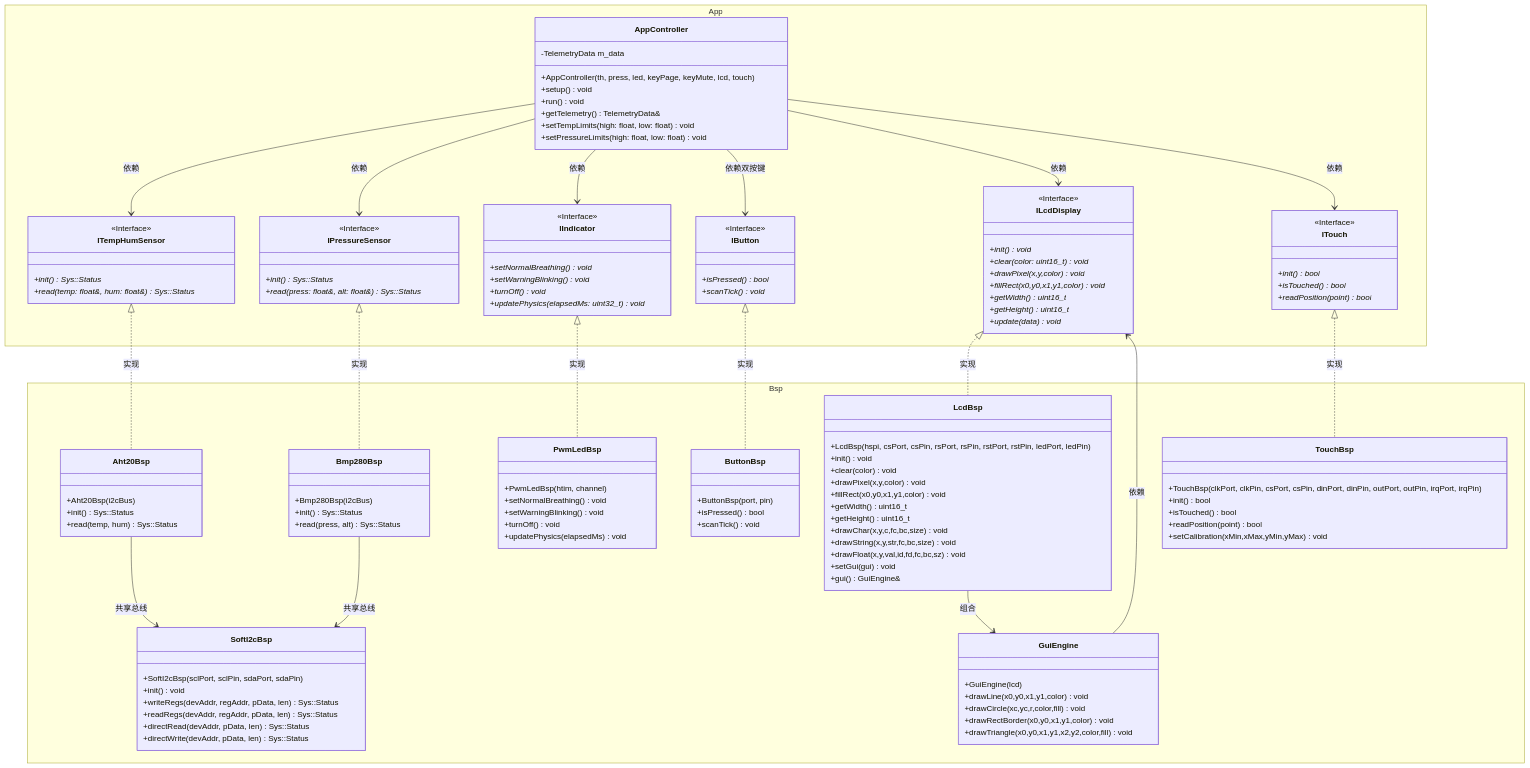
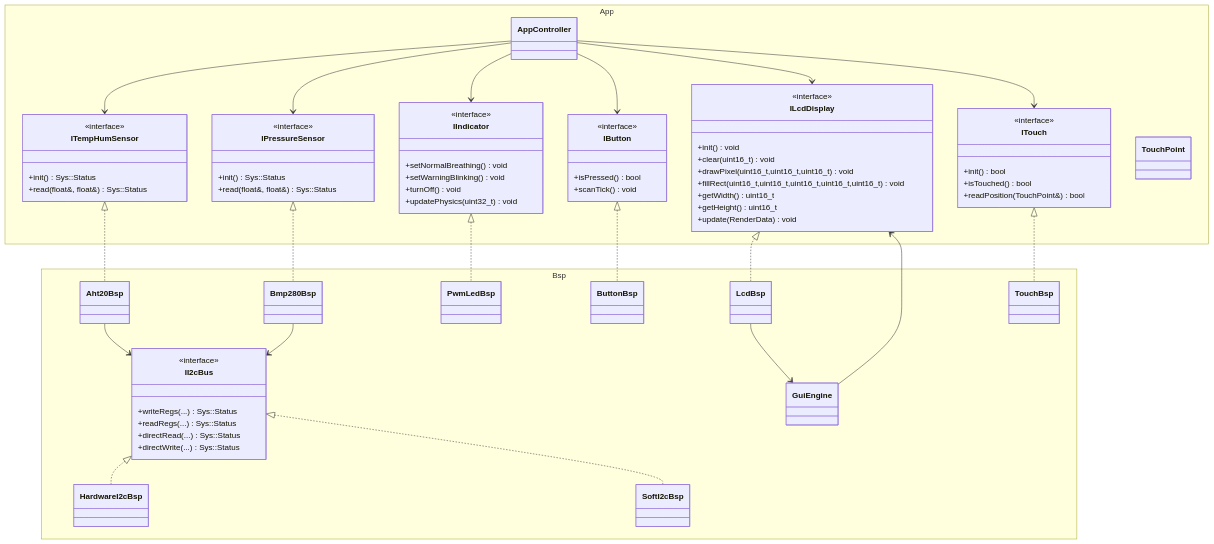
Before and after one commit to Railgun-wiki/MicroCPProjectSTM32: the diagram in Docs/API.md, drawn with Mermaid. The commit also changed other lines of this file and 8 other files, not shown here.

````diff
--- a/Docs/API.md
+++ b/Docs/API.md
@@ -14,133 +17,84 @@
 classDiagram
     namespace App {
         class ITempHumSensor {
-            <<Interface>>
-            +init() Sys::Status*
-            +read(temp: float&, hum: float&) Sys::Status*
+            <<interface>>
+            +init() Sys::Status
+            +read(float&, float&) Sys::Status
         }
         class IPressureSensor {
-            <<Interface>>
-            +init() Sys::Status*
-            +read(press: float&, alt: float&) Sys::Status*
+            <<interface>>
+            +init() Sys::Status
+            +read(float&, float&) Sys::Status
         }
         class IIndicator {
-            <<Interface>>
-            +setNormalBreathing() void*
-            +setWarningBlinking() void*
-            +turnOff() void*
-            +updatePhysics(elapsedMs: uint32_t) void*
+            <<interface>>
+            +setNormalBreathing() void
+            +setWarningBlinking() void
+            +turnOff() void
+            +updatePhysics(uint32_t) void
         }
         class IButton {
-            <<Interface>>
-            +isPressed() bool*
-            +scanTick() void*
+            <<interface>>
+            +isPressed() bool
+            +scanTick() void
+        }
+        class ITouch {
+            <<interface>>
+            +init() bool
+            +isTouched() bool
+            +readPosition(TouchPoint&) bool
         }
         class ILcdDisplay {
-            <<Interface>>
-            +init() void*
-            +clear(color: uint16_t) void*
-            +drawPixel(x,y,color) void*
-            +fillRect(x0,y0,x1,y1,color) void*
-            +getWidth() uint16_t*
-            +getHeight() uint16_t*
-            +update(data) void*
+            <<interface>>
+            +init() void
+            +clear(uint16_t) void
+            +drawPixel(uint16_t,uint16_t,uint16_t) void
+            +fillRect(uint16_t,uint16_t,uint16_t,uint16_t,uint16_t) void
+            +getWidth() uint16_t
+            +getHeight() uint16_t
+            +update(RenderData) void
         }
-        class ITouch {
-            <<Interface>>
-            +init() bool*
-            +isTouched() bool*
-            +readPosition(point) bool*
-        }
-        class AppController {
-            -TelemetryData m_data
-            +AppController(th, press, led, keyPage, keyMute, lcd, touch)
-            +setup() void
-            +run() void
-            +getTelemetry() TelemetryData&
-            +setTempLimits(high: float, low: float) void
-            +setPressureLimits(high: float, low: float) void
-        }
+        class AppController
+        class TouchPoint
     }
 
     namespace Bsp {
-        class SoftI2cBsp {
-            +SoftI2cBsp(sclPort, sclPin, sdaPort, sdaPin)
-            +init() void
-            +writeRegs(devAddr, regAddr, pData, len) Sys::Status
-            +readRegs(devAddr, regAddr, pData, len) Sys::Status
-            +directRead(devAddr, pData, len) Sys::Status
-            +directWrite(devAddr, pData, len) Sys::Status
+        class II2cBus {
+            <<interface>>
+            +writeRegs(...) Sys::Status
+            +readRegs(...) Sys::Status
+            +directRead(...) Sys::Status
+            +directWrite(...) Sys::Status
         }
-        class Aht20Bsp {
-            +Aht20Bsp(i2cBus)
-            +init() Sys::Status
-            +read(temp, hum) Sys::Status
-        }
-        class Bmp280Bsp {
-            +Bmp280Bsp(i2cBus)
-            +init() Sys::Status
-            +read(press, alt) Sys::Status
-        }
-        class PwmLedBsp {
-            +PwmLedBsp(htim, channel)
-            +setNormalBreathing() void
-            +setWarningBlinking() void
-            +turnOff() void
-            +updatePhysics(elapsedMs) void
-        }
-        class ButtonBsp {
-            +ButtonBsp(port, pin)
-            +isPressed() bool
-            +scanTick() void
-        }
-        class LcdBsp {
-            +LcdBsp(hspi, csPort, csPin, rsPort, rsPin, rstPort, rstPin, ledPort, ledPin)
-            +init() void
-            +clear(color) void
-            +drawPixel(x,y,color) void
-            +fillRect(x0,y0,x1,y1,color) void
-            +getWidth() uint16_t
-            +getHeight() uint16_t
-            +drawChar(x,y,c,fc,bc,size) void
-            +drawString(x,y,str,fc,bc,size) void
-            +drawFloat(x,y,val,id,fd,fc,bc,sz) void
-            +setGui(gui) void
-            +gui() GuiEngine&
-        }
-        class GuiEngine {
-            +GuiEngine(lcd)
-            +drawLine(x0,y0,x1,y1,color) void
-            +drawCircle(xc,yc,r,color,fill) void
-            +drawRectBorder(x0,y0,x1,y1,color) void
-            +drawTriangle(x0,y0,x1,y1,x2,y2,color,fill) void
-        }
-        class TouchBsp {
-            +TouchBsp(clkPort, clkPin, csPort, csPin, dinPort, dinPin, outPort, outPin, irqPort, irqPin)
-            +init() bool
-            +isTouched() bool
-            +readPosition(point) bool
-            +setCalibration(xMin,xMax,yMin,yMax) void
-        }
+        class HardwareI2cBsp
+        class SoftI2cBsp
+        class Aht20Bsp
+        class Bmp280Bsp
+        class PwmLedBsp
+        class ButtonBsp
+        class LcdBsp
+        class GuiEngine
+        class TouchBsp
     }
 
-    %% 接口继承关系
-    ITempHumSensor <|.. Aht20Bsp : 实现
-    IPressureSensor <|.. Bmp280Bsp : 实现
-    IIndicator <|.. PwmLedBsp : 实现
-    IButton <|.. ButtonBsp : 实现
-    ILcdDisplay <|.. LcdBsp : 实现
-    ITouch <|.. TouchBsp : 实现
+    ITempHumSensor <|.. Aht20Bsp
+    IPressureSensor <|.. Bmp280Bsp
+    IIndicator <|.. PwmLedBsp
+    IButton <|.. ButtonBsp
+    ILcdDisplay <|.. LcdBsp
+    ITouch <|.. TouchBsp
+    II2cBus <|.. HardwareI2cBsp
+    II2cBus <|.. SoftI2cBsp
 
-    %% 关联与注入关系
-    AppController --> ITempHumSensor : 依赖
-    AppController --> IPressureSensor : 依赖
-    AppController --> IIndicator : 依赖
-    AppController --> IButton : 依赖双按键
-    AppController --> ILcdDisplay : 依赖
-    AppController --> ITouch : 依赖
+    AppController --> ITempHumSensor
+    AppController --> IPressureSensor
+    AppController --> IIndicator
+    AppController --> IButton
+    AppController --> ILcdDisplay
+    AppController --> ITouch
 
-    Aht20Bsp --> SoftI2cBsp : 共享总线
-    Bmp280Bsp --> SoftI2cBsp : 共享总线
-    LcdBsp --> GuiEngine : 组合
-    GuiEngine --> ILcdDisplay : 依赖
+    Aht20Bsp --> II2cBus
+    Bmp280Bsp --> II2cBus
+    LcdBsp --> GuiEngine
+    GuiEngine --> ILcdDisplay
 ```
````
